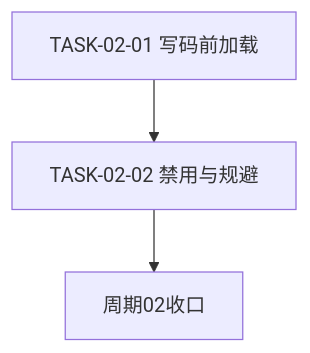
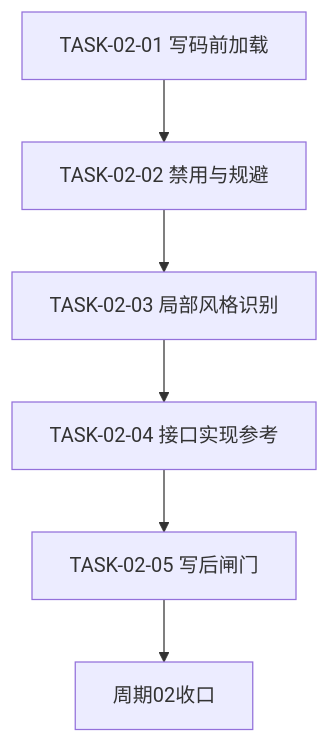
Before and after one commit to luode0320/luode-skills: the first of 2 diagrams in doc/3-实施/2026-07-13_174006_代码风格体系反馈驱动持续迭代_实施周期02_加载与规避.md, drawn with Mermaid. The commit also changed other lines of this file and 3 other files, not shown here.

````diff
--- a/doc/3-实施/2026-07-13_174006_代码风格体系反馈驱动持续迭代_实施周期02_加载与规避.md
+++ b/doc/3-实施/2026-07-13_174006_代码风格体系反馈驱动持续迭代_实施周期02_加载与规避.md
@@ -85,5 +142,8 @@
 ```mermaid
 flowchart TD
     T1[TASK-02-01 写码前加载] --> T2[TASK-02-02 禁用与规避]
-    T2 --> DONE[周期02收口]
+    T2 --> T3[TASK-02-03 局部风格识别]
+    T3 --> T4[TASK-02-04 接口实现参考]
+    T4 --> T5[TASK-02-05 写后闸门]
+    T5 --> DONE[周期02收口]
 ```
````
